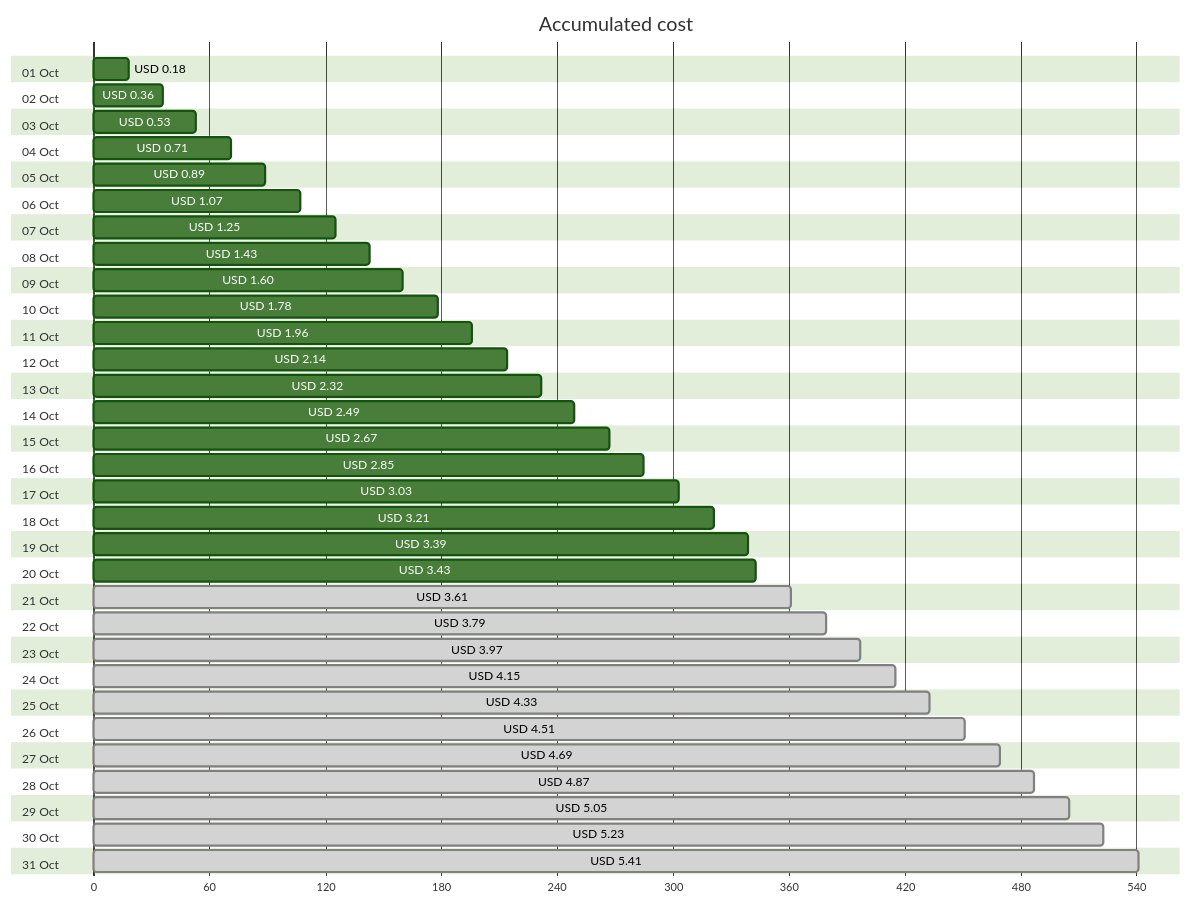
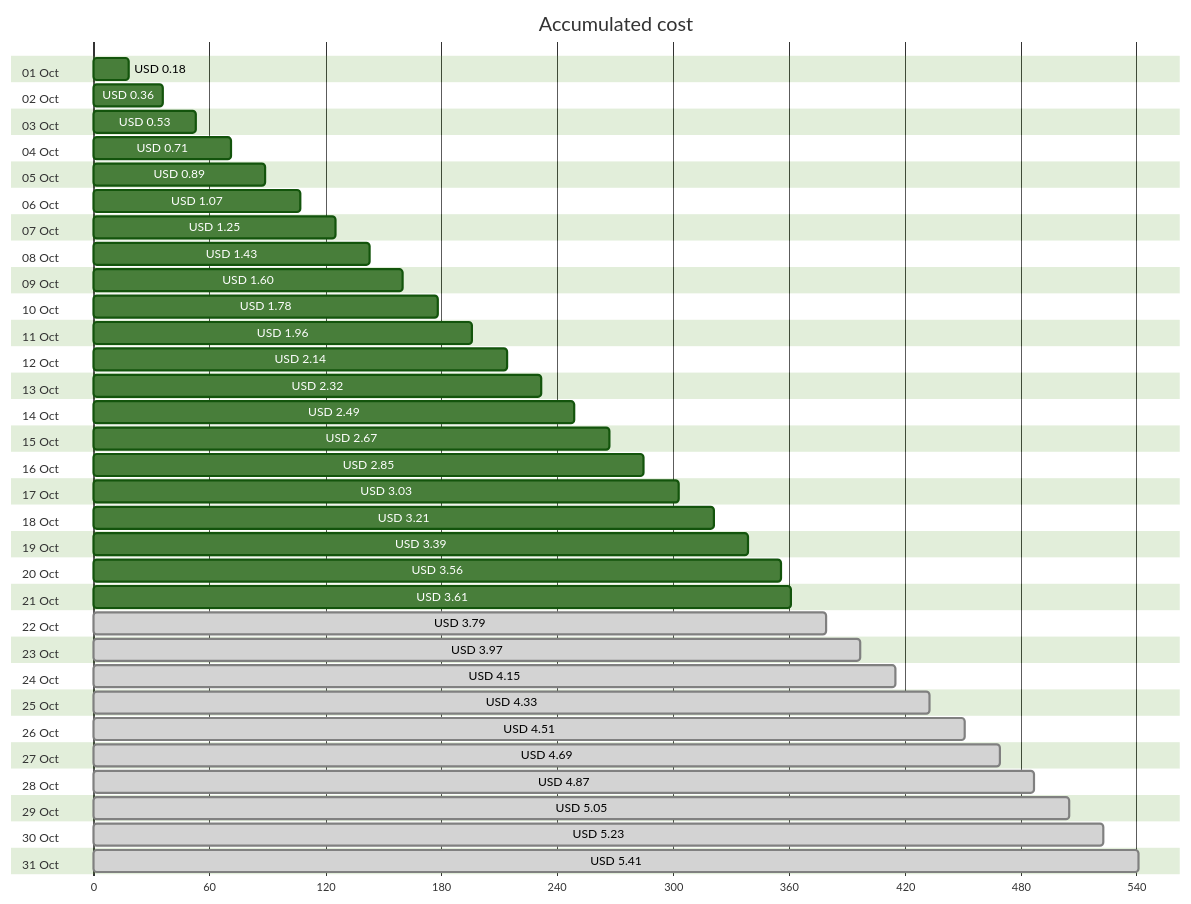
The first of 4 diagrams in cost-reports/personal-network/backup-server.md (jpfulton/azure-personal-reports), drawn with Mermaid (forest theme) before and after one commit. The commit also changed other lines of this file and 8 other files, not shown here.

````diff
--- a/cost-reports/personal-network/backup-server.md
+++ b/cost-reports/personal-network/backup-server.md
@@ -20,68 +20,68 @@
 ```mermaid
 gantt
    title Accumulated cost
    dateFormat  X
    axisFormat %s
    section 01 Oct
    USD 0.18 :0, 18
    section 02 Oct
    USD 0.36 :0, 36
    section 03 Oct
    USD 0.53 :0, 53
    section 04 Oct
    USD 0.71 :0, 71
    section 05 Oct
    USD 0.89 :0, 89
    section 06 Oct
    USD 1.07 :0, 107
    section 07 Oct
    USD 1.25 :0, 125
    section 08 Oct
    USD 1.43 :0, 143
    section 09 Oct
    USD 1.60 :0, 160
    section 10 Oct
    USD 1.78 :0, 178
    section 11 Oct
    USD 1.96 :0, 196
    section 12 Oct
    USD 2.14 :0, 214
    section 13 Oct
    USD 2.32 :0, 232
    section 14 Oct
    USD 2.49 :0, 249
    section 15 Oct
    USD 2.67 :0, 267
    section 16 Oct
    USD 2.85 :0, 285
    section 17 Oct
    USD 3.03 :0, 303
    section 18 Oct
    USD 3.21 :0, 321
    section 19 Oct
    USD 3.39 :0, 339
    section 20 Oct
-   USD 3.43 :0, 343
+   USD 3.56 :0, 356
    section 21 Oct
-   USD 3.61 : done, 0, 361
+   USD 3.61 :0, 361
    section 22 Oct
    USD 3.79 : done, 0, 379
    section 23 Oct
    USD 3.97 : done, 0, 397
    section 24 Oct
    USD 4.15 : done, 0, 415
    section 25 Oct
    USD 4.33 : done, 0, 433
    section 26 Oct
    USD 4.51 : done, 0, 451
    section 27 Oct
    USD 4.69 : done, 0, 469
    section 28 Oct
    USD 4.87 : done, 0, 487
    section 29 Oct
    USD 5.05 : done, 0, 505
    section 30 Oct
    USD 5.23 : done, 0, 523
    section 31 Oct
    USD 5.41 : done, 0, 541
 ```
````
